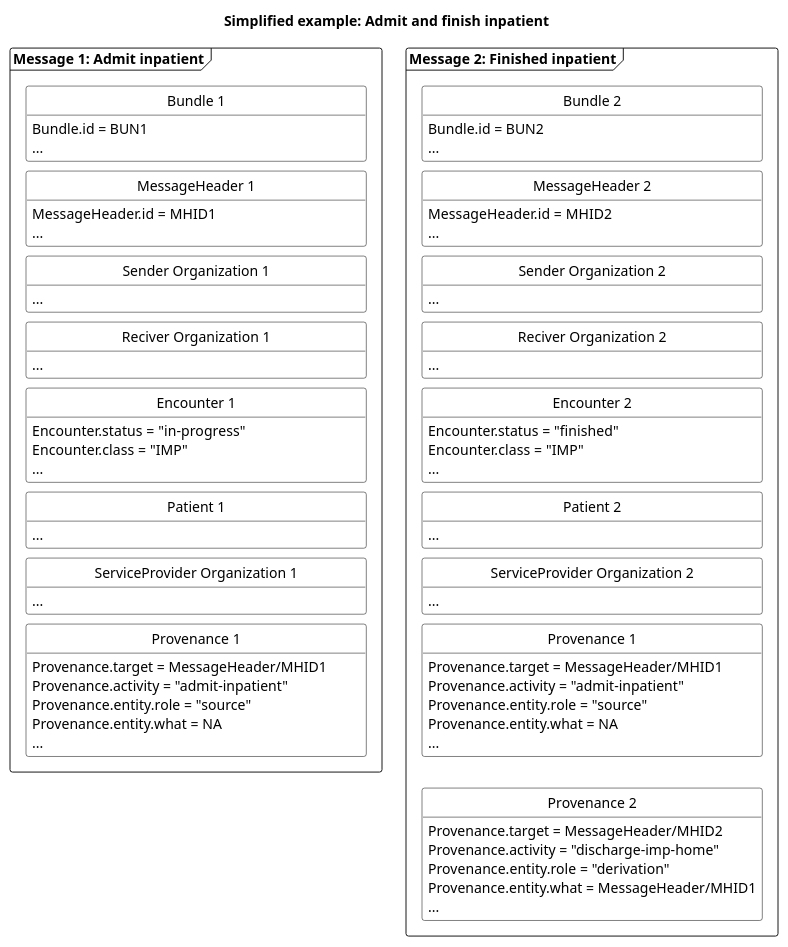
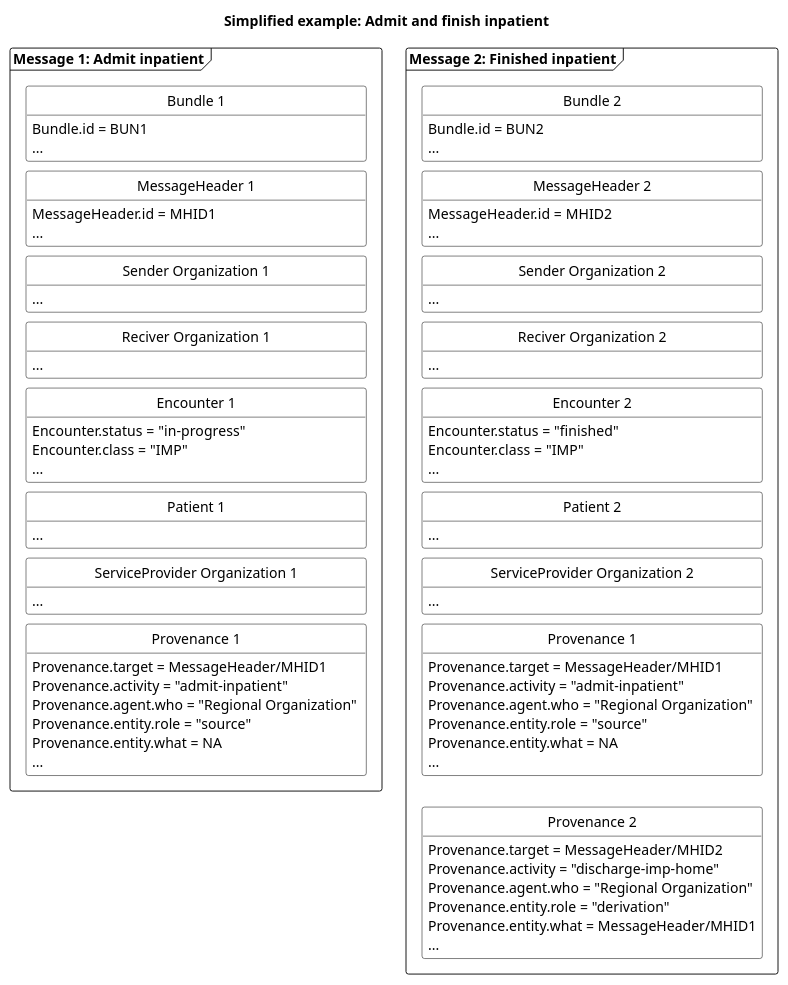
The diagram in puml/HospitalNotificationAdmitFinish.puml (medcomdk/dk-medcom), drawn with PlantUML before and after one commit. The commit also changed 5 other files, not shown here.

```diff
--- a/puml/HospitalNotificationAdmitFinish.puml
+++ b/puml/HospitalNotificationAdmitFinish.puml
@@ -1,121 +1,124 @@
 @startuml HNAdmitFinish
 
 'layout
 skinparam class {
     BackgroundColor White
     BorderColor Black
     ArrowColor Black
   }
 hide circle
 hide empty members
 skinparam SameClassWidth true
 skinparam Ranksep 10
 
 
 'title
 title Simplified example: Admit and finish inpatient
 
 'Message 1: Admit inpatient
 package "Message 1: Admit inpatient" as admit <<Frame>>{
     class "Bundle 1" as admitB {
         Bundle.id = BUN1
         ...
     }
     class "MessageHeader 1" as admitMH{
         MessageHeader.id = MHID1
         ...
     }
     class "Sender Organization 1" as admitSOrg{
         ...
     }
     class "Reciver Organization 1" as admitROrg{
         ...
     }
     class "Encounter 1" as admitENC{
         Encounter.status = "in-progress"
         Encounter.class = "IMP"
         ...
     }
     class "Patient 1" as admitPT{
         ...
     }
     class "ServiceProvider Organization 1" as admitSPOrg{
         ...
     }
     class "Provenance 1" as admitPRO{
         Provenance.target = MessageHeader/MHID1
         Provenance.activity = "admit-inpatient"
+        Provenance.agent.who = "Regional Organization"
         Provenance.entity.role = "source"
         Provenance.entity.what = NA
         ...
     }
 
 admitB -[hidden]- admitMH
 admitMH -[hidden]- admitSOrg
 admitSOrg-[hidden]-admitROrg
 admitROrg-[hidden]-admitENC
 admitENC-[hidden]-admitPT
 admitPT-[hidden]-admitSPOrg
 admitSPOrg-[hidden]-admitPRO
 
 
 
 }
 
 'Message 2: Finished inpatient
 package "Message 2: Finished inpatient" as finished <<Frame>> {
     class "Bundle 2" as finishedB {
         Bundle.id = BUN2
         ...
     }
     class "MessageHeader 2" as finishedMH{
         MessageHeader.id = MHID2
         ...
     }
     class "Sender Organization 2" as finishedSOrg{
         ...
     }
     class "Reciver Organization 2" as finishedROrg{
         ...
     }
     class "Encounter 2" as finishedENC{
         Encounter.status = "finished"
         Encounter.class = "IMP"
         ...
     }
     class "Patient 2" as finishedPT{
         ...
     }
     class "ServiceProvider Organization 2" as finishedSPOrg{
         ...
     }
     class "Provenance 1" as admitfinishedPRO{
         Provenance.target = MessageHeader/MHID1
         Provenance.activity = "admit-inpatient"
+        Provenance.agent.who = "Regional Organization"
         Provenance.entity.role = "source"
         Provenance.entity.what = NA
         ...
     }
     class "Provenance 2" as finishedPRO{
         Provenance.target = MessageHeader/MHID2
         Provenance.activity = "discharge-imp-home"
+        Provenance.agent.who = "Regional Organization"
         Provenance.entity.role = "derivation"
         Provenance.entity.what = MessageHeader/MHID1
         ...
     }
 finishedB-[hidden]-finishedMH
 finishedMH-[hidden]-finishedSOrg
 finishedSOrg-[hidden]-finishedROrg
 finishedROrg-[hidden]-finishedENC
 finishedENC-[hidden]-finishedPT
 finishedPT-[hidden]-finishedSPOrg
 finishedSPOrg-[hidden]-admitfinishedPRO
 admitfinishedPRO-[hidden]-finishedPRO
 
 }
 
 ' pile mellem de to beskeder
 ' admit --> finished
 
 
 @enduml
```
